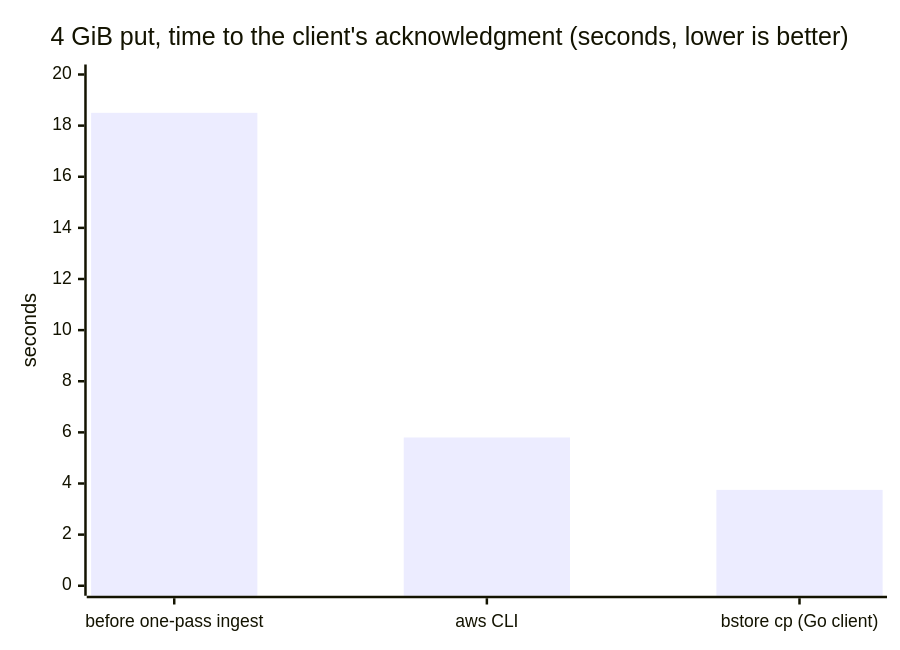
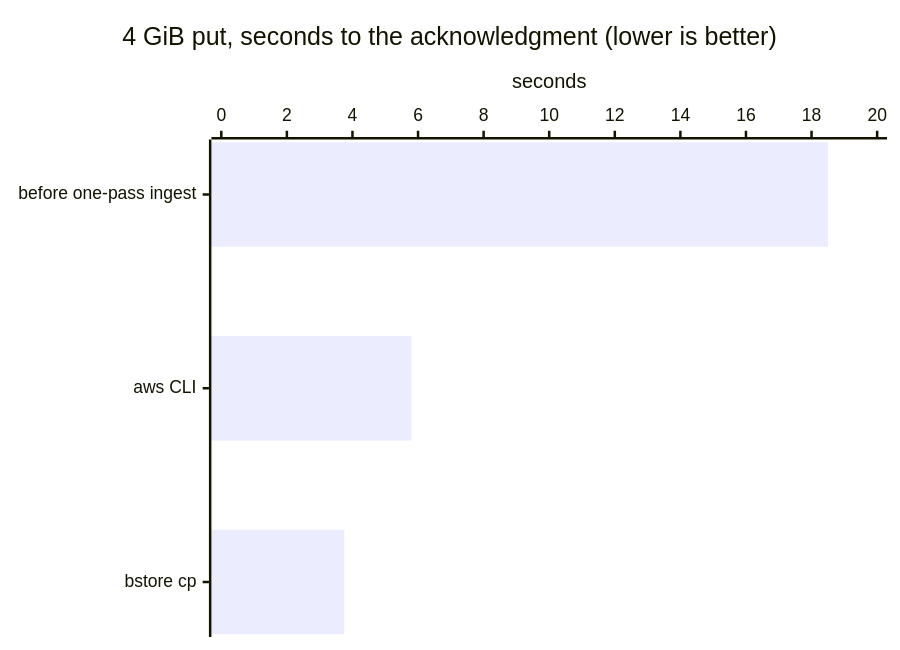
Before and after one commit to lightwebinc/bstore: the first of 3 diagrams in docs/benchmarks.md, drawn with Mermaid. The commit also changed other lines of this file and 1 other file, not shown here.

Commit message:
[Fix] chart labels: horizontal bars

````diff
--- a/docs/benchmarks.md
+++ b/docs/benchmarks.md
@@ -41,7 +41,7 @@
 ```mermaid
-xychart-beta
-    title "4 GiB put, time to the client's acknowledgment (seconds, lower is better)"
-    x-axis ["before one-pass ingest", "aws CLI", "bstore cp (Go client)"]
+xychart-beta horizontal
+    title "4 GiB put, seconds to the acknowledgment (lower is better)"
+    x-axis ["before one-pass ingest", "aws CLI", "bstore cp"]
     y-axis "seconds" 0 --> 20
     bar [18.5, 5.8, 3.75]
 ```
````
